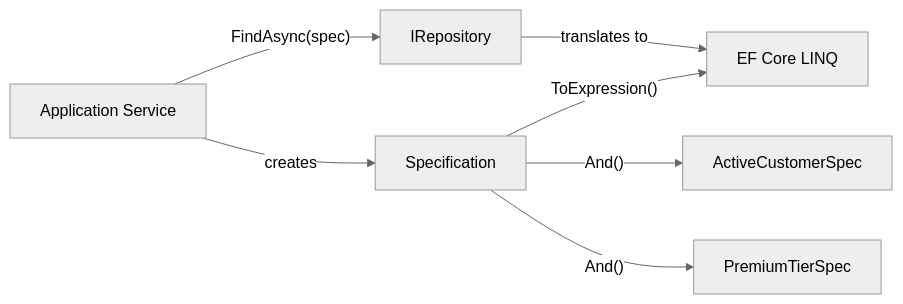
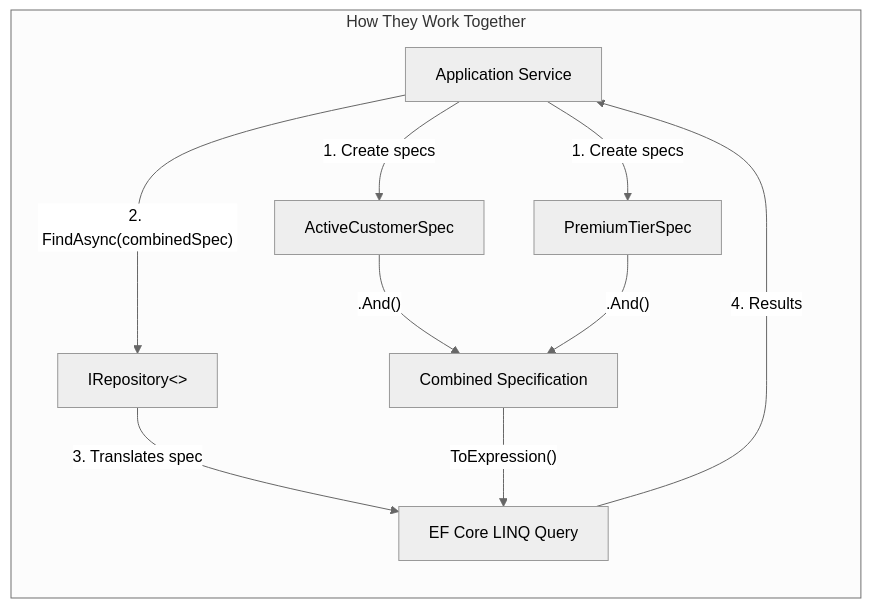
The eighth of 12 diagrams in docs/comparison-maps.md (senapatisantosh/DotnetAdvanceDesignPattern), drawn with Mermaid (neutral theme) before and after one commit. The commit also changed other lines of this file and 1 other file, not shown here.

````diff
--- a/docs/comparison-maps.md
+++ b/docs/comparison-maps.md
@@ -360,9 +401,13 @@
 ```mermaid
 graph LR
-    Client[Application Service] -->|"FindAsync(spec)"| Repo[IRepository]
-    Client -->|creates| Spec[Specification]
-    Spec -->|"And()"| Spec2[ActiveCustomerSpec]
-    Spec -->|"And()"| Spec3[PremiumTierSpec]
-    Repo -->|"translates to"| EF[EF Core LINQ]
-    Spec -->|"ToExpression()"| EF
+    subgraph "How They Work Together"
+        Client[Application Service] -->|"1. Create specs"| Spec1[ActiveCustomerSpec]
+        Client -->|"1. Create specs"| Spec2[PremiumTierSpec]
+        Spec1 -->|".And()"| Combined[Combined Specification]
+        Spec2 -->|".And()"| Combined
+        Client -->|"2. FindAsync(combinedSpec)"| Repo["IRepository<<Customer>>"]
+        Repo -->|"3. Translates spec"| EF[EF Core LINQ Query]
+        Combined -->|"ToExpression()"| EF
+        EF -->|"4. Results"| Client
+    end
 ```
````
